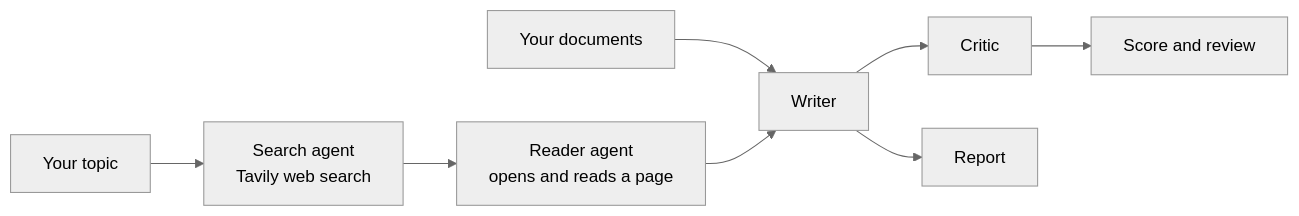
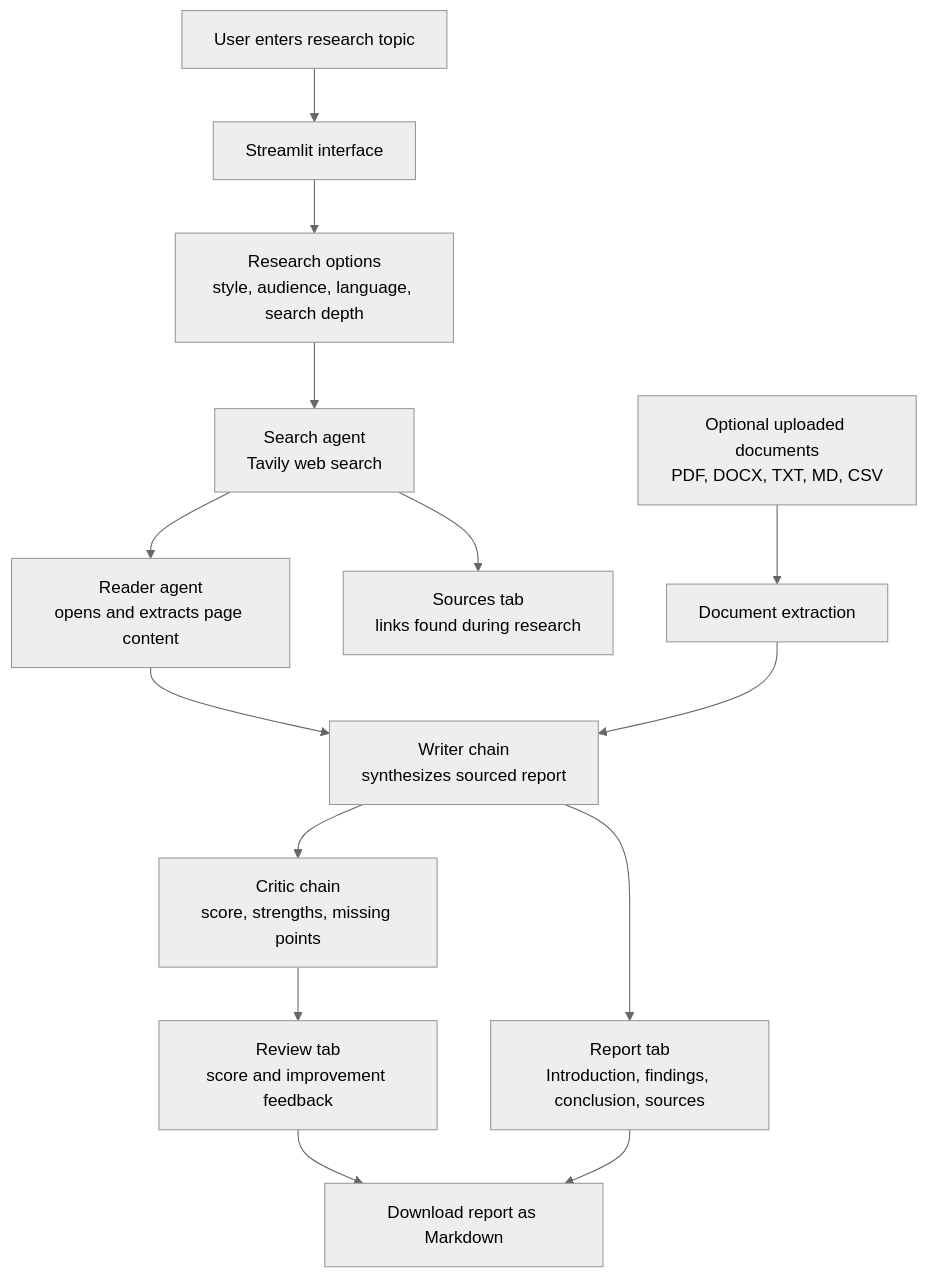
One commit to muneerahmedkhokhar53-wq/Multi-Agent-AI-Research-Assistant changed the diagram in README.md. Above: the diagram before and after it, drawn with Mermaid (neutral theme). The commit also changed other lines of this file, not shown here.

Commit message:
docs: improve multi-agent research workflow diagram

````diff
--- a/README.md
+++ b/README.md
@@ -30,10 +32,16 @@
 ```mermaid
-flowchart LR
-    Q[Your topic] --> S[Search agent<br/>Tavily web search]
-    S --> R[Reader agent<br/>opens and reads a page]
-    D[Your documents] --> W
-    R --> W[Writer]
-    W --> C[Critic]
-    W --> REP[Report]
-    C --> REV[Score and review]
+flowchart TD
+    U["User enters research topic"] --> UI["Streamlit interface"]
+    UI --> OPT["Research options<br/>style, audience, language, search depth"]
+    OPT --> S["Search agent<br/>Tavily web search"]
+    S --> R["Reader agent<br/>opens and extracts page content"]
+    R --> W["Writer chain<br/>synthesizes sourced report"]
+    DOC["Optional uploaded documents<br/>PDF, DOCX, TXT, MD, CSV"] --> PARSE["Document extraction"]
+    PARSE --> W
+    W --> C["Critic chain<br/>score, strengths, missing points"]
+    W --> REPORT["Report tab<br/>Introduction, findings, conclusion, sources"]
+    C --> REVIEW["Review tab<br/>score and improvement feedback"]
+    S --> SOURCES["Sources tab<br/>links found during research"]
+    REPORT --> OUT["Download report as Markdown"]
+    REVIEW --> OUT
 ```
````
